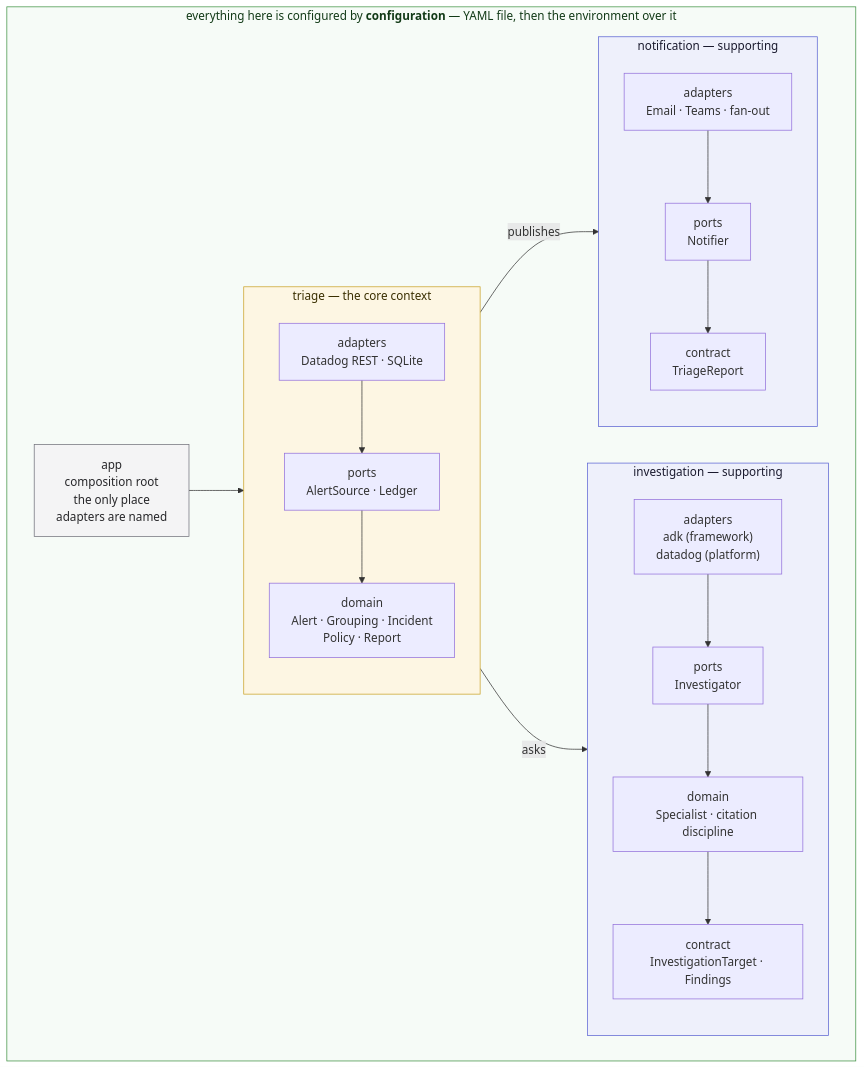
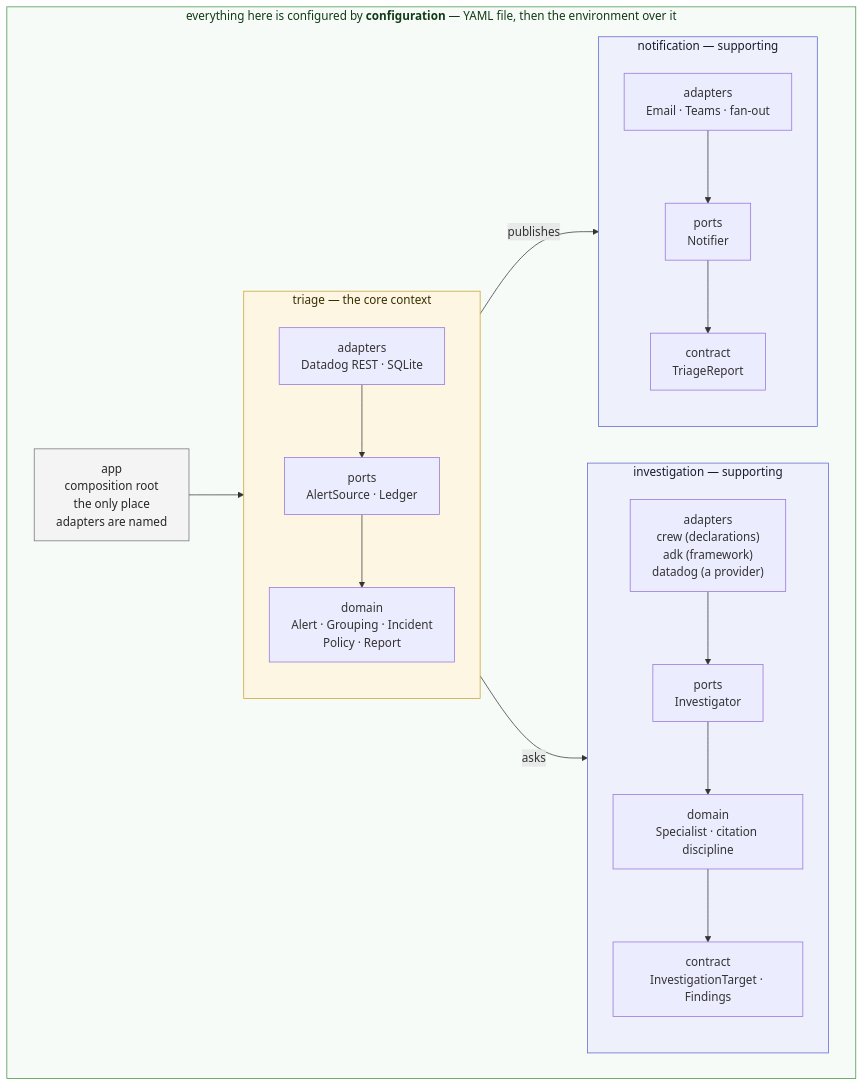
One commit to EduardoFLima/alert-triage changed the diagram in README.md. Above: the diagram before and after it, drawn with Mermaid. The commit also changed other lines of this file and 4 other files, not shown here.

First line of the commit message:
Edu | :memo: | a specialist is found by its crew, not by its platform

````diff
--- a/README.md
+++ b/README.md
@@ -202,46 +202,46 @@
 ```mermaid
 flowchart LR
     subgraph Configured["everything here is configured by <b>configuration</b> — YAML file, then the environment over it"]
         direction LR
         App["app<br/>composition root<br/>the only place<br/>adapters are named"]
 
         subgraph Triage["triage — the core context"]
             direction TB
             TriageAdapters["adapters<br/>Datadog REST · SQLite"]
             TriagePorts["ports<br/>AlertSource · Ledger"]
             TriageDomain["domain<br/>Alert · Grouping · Incident<br/>Policy · Report"]
             TriageAdapters --> TriagePorts --> TriageDomain
         end
 
         subgraph Investigation["investigation — supporting"]
             direction TB
             InvContract["contract<br/>InvestigationTarget · Findings"]
             InvDomain["domain<br/>Specialist · citation discipline"]
             InvPorts["ports<br/>Investigator"]
-            InvAdapters["adapters<br/>adk (framework)<br/>datadog (platform)"]
+            InvAdapters["adapters<br/>crew (declarations)<br/>adk (framework)<br/>datadog (a provider)"]
             InvAdapters --> InvPorts --> InvDomain --> InvContract
         end
 
         subgraph Notification["notification — supporting"]
             direction TB
             NotContract["contract<br/>TriageReport"]
             NotPorts["ports<br/>Notifier"]
             NotAdapters["adapters<br/>Email · Teams · fan-out"]
             NotAdapters --> NotPorts --> NotContract
         end
 
         App --> Triage
         TriageDomain -- "asks" --> InvContract
         TriageDomain -- "publishes" --> NotContract
     end
 
     classDef coreClass fill:#fdf6e3,stroke:#c9a227,color:#3a2f00
     classDef supportingClass fill:#eef0fb,stroke:#5b63d3,color:#1a1a2e
     classDef configuredClass fill:#f6fbf7,stroke:#3f9142,color:#123a17
     classDef appClass fill:#f4f4f5,stroke:#71717a,color:#27272a
 
     class Triage coreClass
     class Investigation,Notification supportingClass
     class Configured configuredClass
     class App appClass
 ```
````
